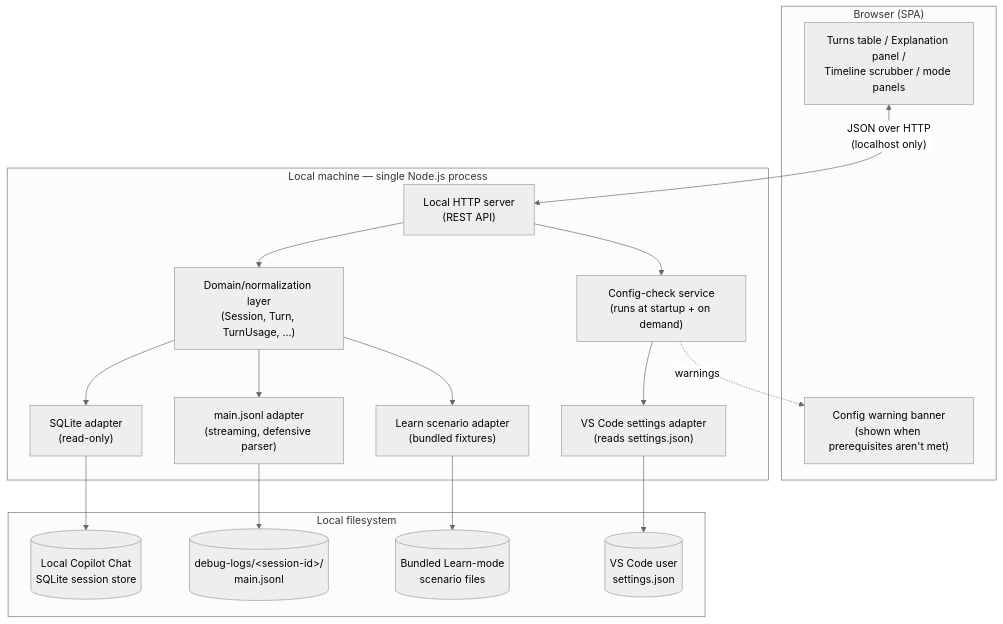
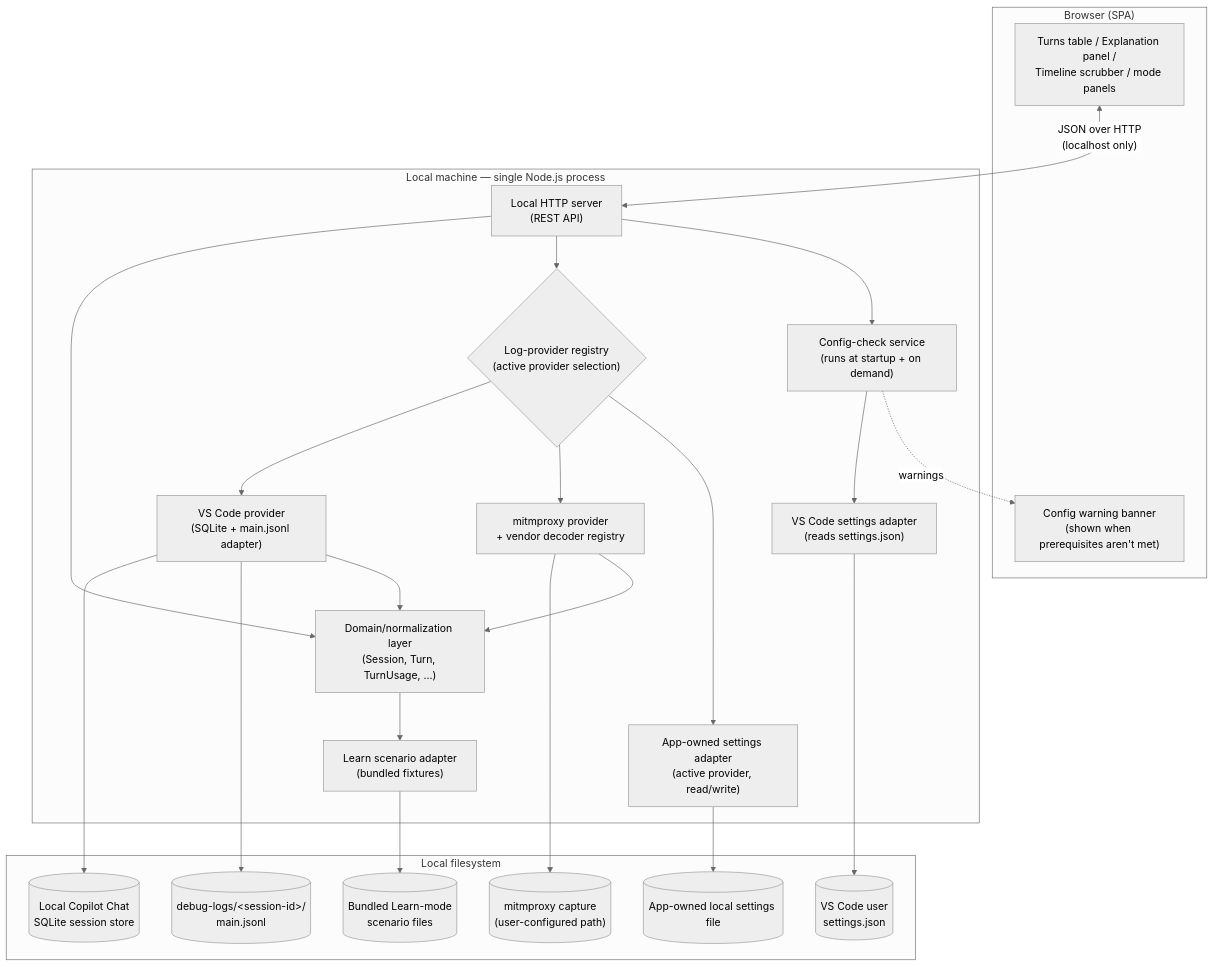
Before and after one commit to raulkivi/gh-cp-chat-analyser: the first of 6 diagrams in docs/architecture.md, drawn with Mermaid (neutral theme). The commit also changed other lines of this file and 33 other files, not shown here.

````diff
--- a/docs/architecture.md
+++ b/docs/architecture.md
@@ -75,32 +76,41 @@
 ```mermaid
 flowchart TB
     subgraph Browser["Browser (SPA)"]
         UI["Turns table / Explanation panel /<br/>Timeline scrubber / mode panels"]
         Banner["Config warning banner<br/>(shown when prerequisites aren't met)"]
     end
 
     subgraph Local["Local machine — single Node.js process"]
         API["Local HTTP server<br/>(REST API)"]
         Domain["Domain/normalization layer<br/>(Session, Turn, TurnUsage, ...)"]
-        SQLiteAdapter["SQLite adapter<br/>(read-only)"]
-        JsonlAdapter["main.jsonl adapter<br/>(streaming, defensive parser)"]
+        Registry{"Log-provider registry<br/>(active provider selection)"}
+        VscodeProvider["VS Code provider<br/>(SQLite + main.jsonl adapter)"]
+        MitmProvider["mitmproxy provider<br/>+ vendor decoder registry"]
         ScenarioAdapter["Learn scenario adapter<br/>(bundled fixtures)"]
         SettingsAdapter["VS Code settings adapter<br/>(reads settings.json)"]
         ConfigCheck["Config-check service<br/>(runs at startup + on demand)"]
+        AppSettings["App-owned settings adapter<br/>(active provider, read/write)"]
     end
 
     subgraph Disk["Local filesystem"]
         DB[("Local Copilot Chat<br/>SQLite session store")]
         Logs[("debug-logs/&lt;session-id&gt;/<br/>main.jsonl")]
+        Capture[("mitmproxy capture<br/>(user-configured path)")]
         Fixtures[("Bundled Learn-mode<br/>scenario files")]
         Settings[("VS Code user<br/>settings.json")]
+        AppConfig[("App-owned local settings file")]
     end
 
     UI <-->|"JSON over HTTP<br/>(localhost only)"| API
     API --> Domain
-    Domain --> SQLiteAdapter --> DB
-    Domain --> JsonlAdapter --> Logs
+    API --> Registry
+    Registry --> VscodeProvider --> DB
+    VscodeProvider --> Logs
+    Registry --> MitmProvider --> Capture
     Domain --> ScenarioAdapter --> Fixtures
+    Registry --> AppSettings --> AppConfig
     API --> ConfigCheck --> SettingsAdapter --> Settings
     ConfigCheck -.->|warnings| Banner
+    VscodeProvider --> Domain
+    MitmProvider --> Domain
 ```
````
